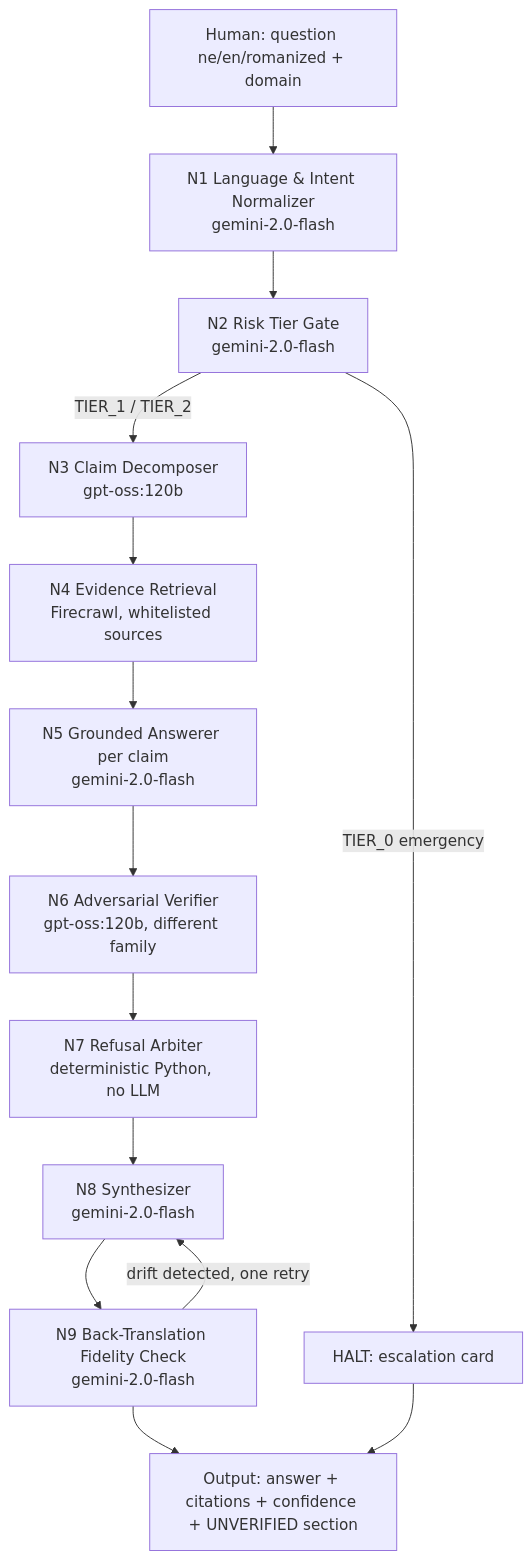
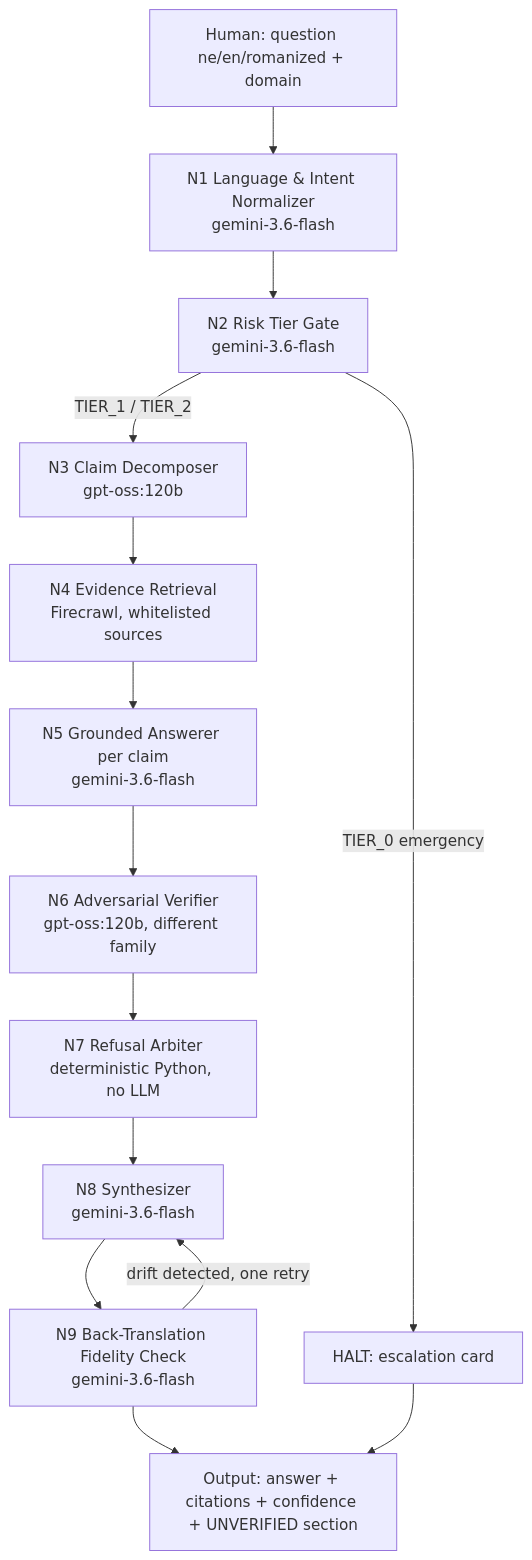
Before and after one commit to techaaditya/Veritas: the diagram in README.md, drawn with Mermaid. The commit also changed other lines of this file and 22 other files, not shown here.

First line of the commit message:
fix: migrate deprecated gemini-2.0-flash to gemini-3.6-flash, honor API retry-delay on rate limits, force UTF-8 console output on Windows

````diff
--- a/README.md
+++ b/README.md
@@ -22,17 +22,17 @@
 ```mermaid
 flowchart TD
     H[Human: question ne/en/romanized + domain] --> N1
-    N1[N1 Language & Intent Normalizer<br/>gemini-2.0-flash] --> N2
-    N2[N2 Risk Tier Gate<br/>gemini-2.0-flash] -->|TIER_1 / TIER_2| N3
+    N1[N1 Language & Intent Normalizer<br/>gemini-3.6-flash] --> N2
+    N2[N2 Risk Tier Gate<br/>gemini-3.6-flash] -->|TIER_1 / TIER_2| N3
     N2 -->|TIER_0 emergency| HALT[HALT: escalation card]
     N3[N3 Claim Decomposer<br/>gpt-oss:120b] --> N4
     N4[N4 Evidence Retrieval<br/>Firecrawl, whitelisted sources] --> N5
-    N5[N5 Grounded Answerer per claim<br/>gemini-2.0-flash] --> N6
+    N5[N5 Grounded Answerer per claim<br/>gemini-3.6-flash] --> N6
     N6[N6 Adversarial Verifier<br/>gpt-oss:120b, different family] --> N7
     N7[N7 Refusal Arbiter<br/>deterministic Python, no LLM] --> N8
-    N8[N8 Synthesizer<br/>gemini-2.0-flash] --> N9
-    N9[N9 Back-Translation Fidelity Check<br/>gemini-2.0-flash]
+    N8[N8 Synthesizer<br/>gemini-3.6-flash] --> N9
+    N9[N9 Back-Translation Fidelity Check<br/>gemini-3.6-flash]
     N9 -->|drift detected, one retry| N8
     N9 --> OUT[Output: answer + citations + confidence + UNVERIFIED section]
     HALT --> OUT
 ```
````
